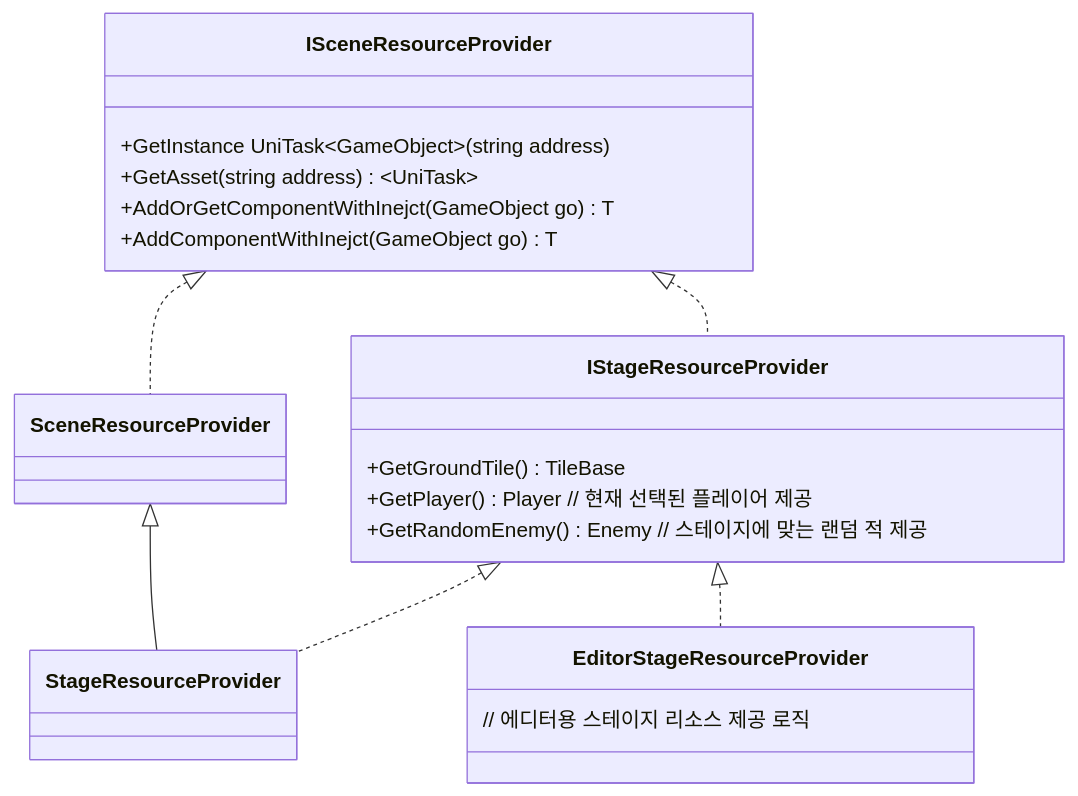
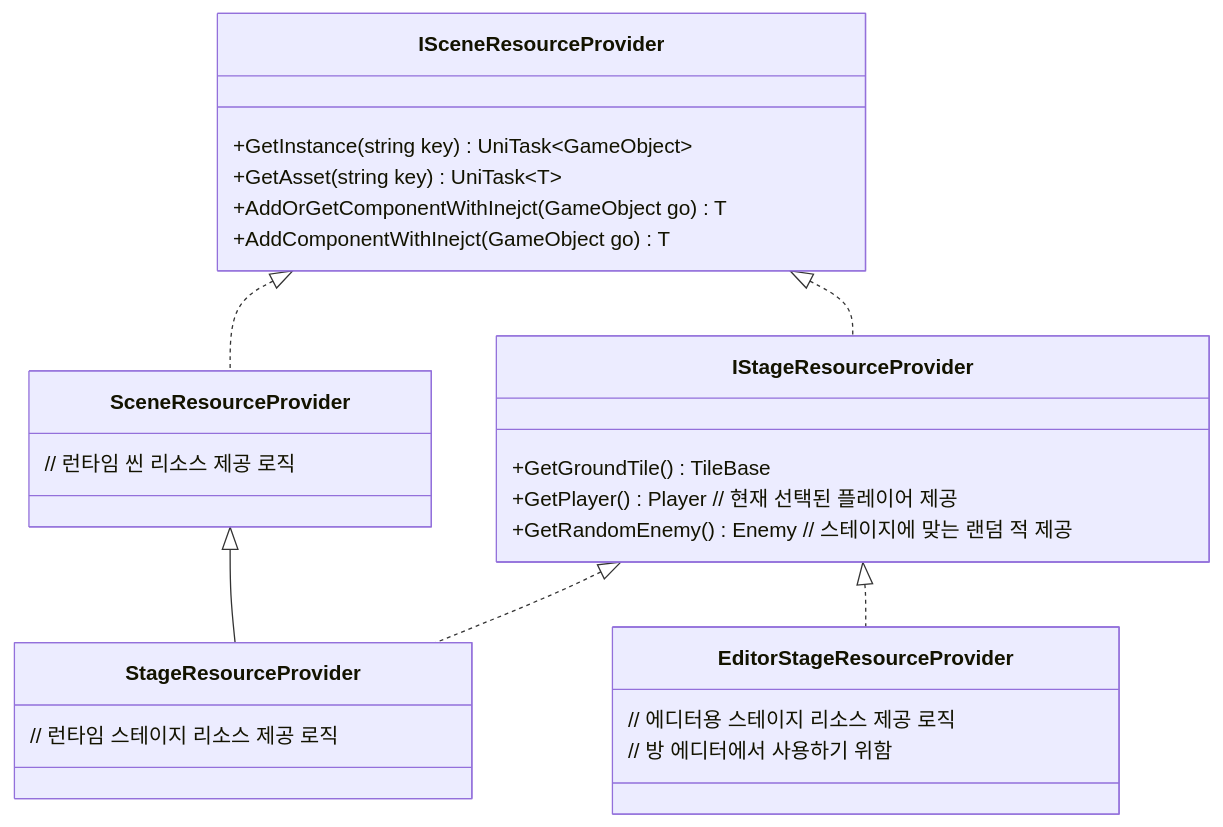
One commit to JIN5EOK/DungeonShooter changed the third of 3 diagrams in README/의존성관리_설계.md. Above: the diagram before and after it, drawn with Mermaid. The commit also changed other lines of this file, not shown here.

````diff
--- a/README/의존성관리_설계.md
+++ b/README/의존성관리_설계.md
@@ -39,22 +40,29 @@
 ```mermaid
 classDiagram
     class ISceneResourceProvider{
-        +GetInstance UniTask~GameObject~ (string address)
-        +GetAsset<T>(string address) ~UniTask<T>~
+        +GetInstance(string key) UniTask~GameObject~
+        +GetAsset<T>(string key) UniTask~T~
         +AddOrGetComponentWithInejct<T>(GameObject go) T
         +AddComponentWithInejct<T>(GameObject go) T    
     }
     class IStageResourceProvider{
         +GetGroundTile() TileBase
         +GetPlayer() Player // 현재 선택된 플레이어 제공
         +GetRandomEnemy() Enemy // 스테이지에 맞는 랜덤 적 제공
     }
     class EditorStageResourceProvider{
         // 에디터용 스테이지 리소스 제공 로직
+        // 방 에디터에서 사용하기 위함
+    }
+    class SceneResourceProvider{
+        // 런타임 씬 리소스 제공 로직
+    }
+    class StageResourceProvider{
+        // 런타임 스테이지 리소스 제공 로직
     }
     ISceneResourceProvider <|.. SceneResourceProvider
     SceneResourceProvider <|-- StageResourceProvider
     ISceneResourceProvider <|.. IStageResourceProvider
     IStageResourceProvider <|.. EditorStageResourceProvider
     IStageResourceProvider <|.. StageResourceProvider
 ```
````
